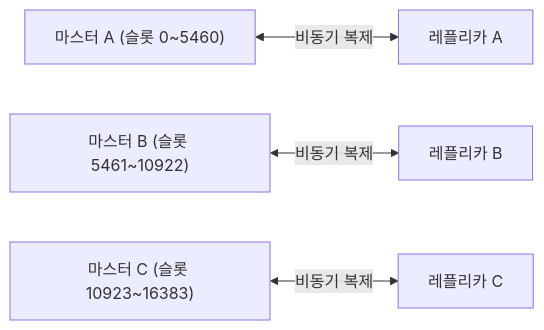
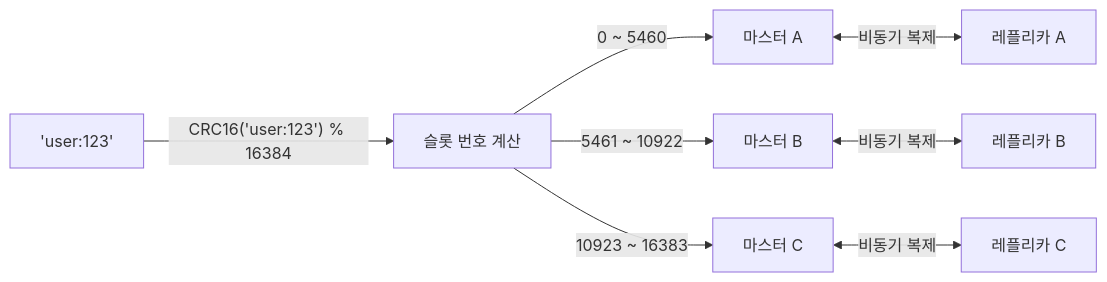
Before and after one commit to yjkim2015/yjkim2015.github.io: the fourth of 6 diagrams in _posts/redis/2026-05-01-redis-cluster-sentinel.md, drawn with Mermaid. The commit also changed other lines of this file and 122 other files, not shown here.

````diff
--- a/_posts/redis/2026-05-01-redis-cluster-sentinel.md
+++ b/_posts/redis/2026-05-01-redis-cluster-sentinel.md
@@ -408,6 +207,10 @@
 ```mermaid
 graph LR
-    MA["마스터 A (슬롯 0~5460)"] <-->|비동기 복제| RA[레플리카 A]
-    MB["마스터 B (슬롯 5461~10922)"] <-->|비동기 복제| RB[레플리카 B]
-    MC["마스터 C (슬롯 10923~16383)"] <-->|비동기 복제| RC[레플리카 C]
+    KEY["'user:123'"] -->|"CRC16('user:123') % 16384"| SLOT["슬롯 번호 계산"]
+    SLOT -->|"0 ~ 5460"| MA["마스터 A"]
+    SLOT -->|"5461 ~ 10922"| MB["마스터 B"]
+    SLOT -->|"10923 ~ 16383"| MC["마스터 C"]
+    MA <-->|"비동기 복제"| RA["레플리카 A"]
+    MB <-->|"비동기 복제"| RB["레플리카 B"]
+    MC <-->|"비동기 복제"| RC["레플리카 C"]
 ```
````
